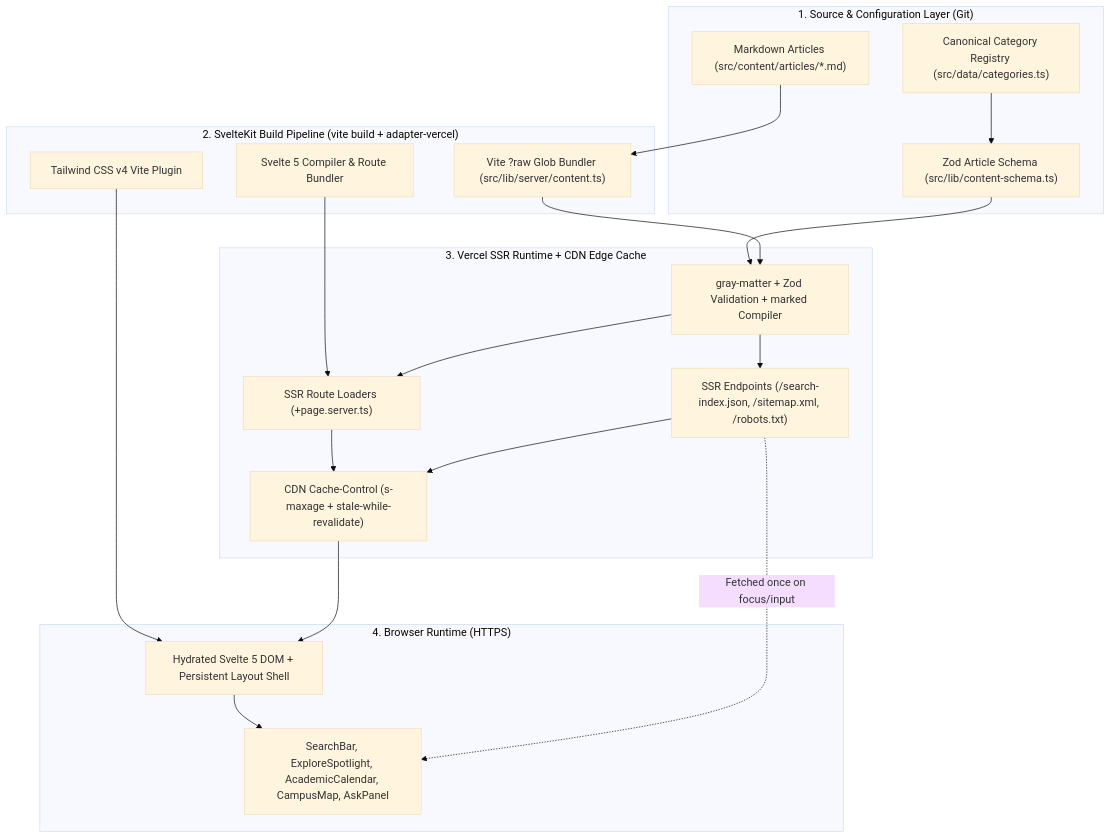
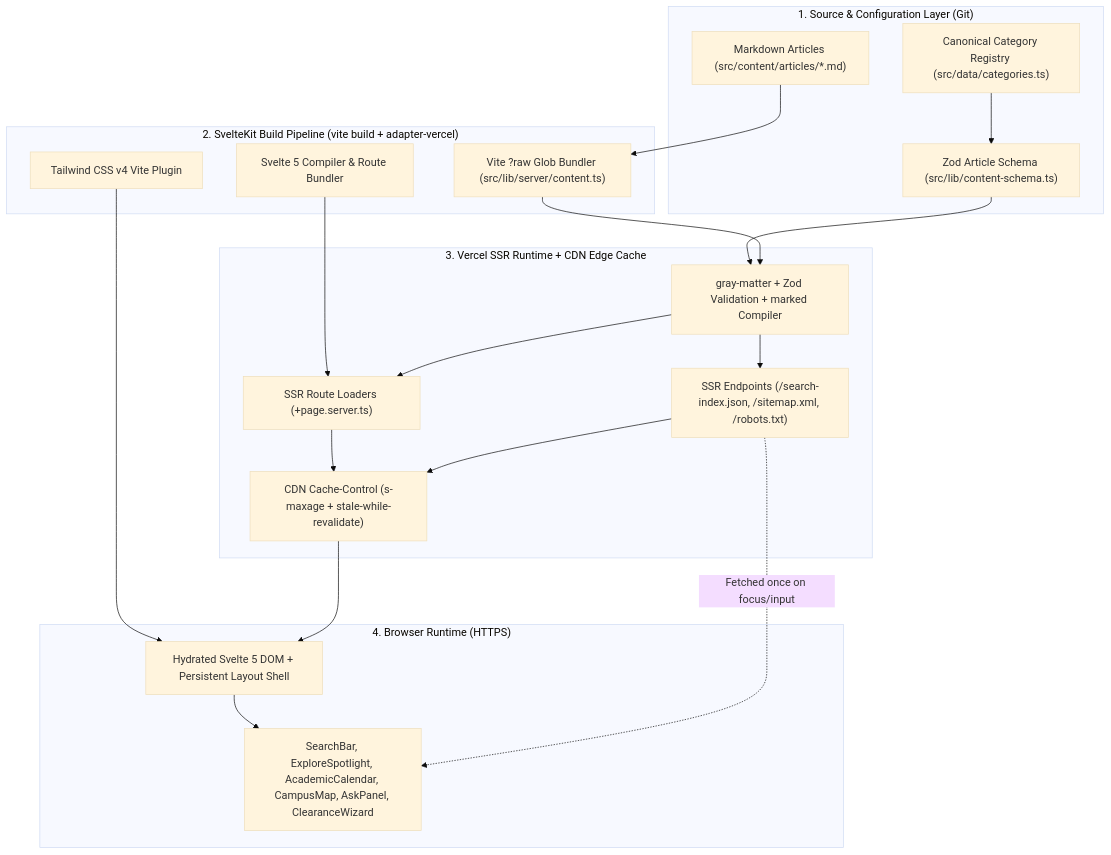
The first of 2 diagrams in docs/ARCHITECTURE.md (bulsutools/geary), drawn with Mermaid (base theme) before and after one commit. The commit also changed other lines of this file and 19 other files, not shown here.

First line of the commit message:
feat: add interactive document request wizard (/wizard) (#15)

````diff
--- a/docs/ARCHITECTURE.md
+++ b/docs/ARCHITECTURE.md
@@ -35,40 +35,40 @@
 ```mermaid
 flowchart TB
     subgraph ContentConfig["1. Source & Configuration Layer (Git)"]
         MD["Markdown Articles (src/content/articles/*.md)"]
         CAT["Canonical Category Registry (src/data/categories.ts)"]
         SCHEMA["Zod Article Schema (src/lib/content-schema.ts)"]
     end
 
     subgraph BuildPipeline["2. SvelteKit Build Pipeline (vite build + adapter-vercel)"]
         GLOB["Vite ?raw Glob Bundler (src/lib/server/content.ts)"]
         SVELTE["Svelte 5 Compiler & Route Bundler"]
         TAILWIND["Tailwind CSS v4 Vite Plugin"]
     end
 
     subgraph ServerRuntime["3. Vercel SSR Runtime + CDN Edge Cache"]
         LOADER["gray-matter + Zod Validation + marked Compiler"]
         ROUTES["SSR Route Loaders (+page.server.ts)"]
         ENDPOINTS["SSR Endpoints (/search-index.json, /sitemap.xml, /robots.txt)"]
         CACHE["CDN Cache-Control (s-maxage + stale-while-revalidate)"]
     end
 
     subgraph ClientRuntime["4. Browser Runtime (HTTPS)"]
         SSR_HTML["Hydrated Svelte 5 DOM + Persistent Layout Shell"]
-        INTERACTIVE["SearchBar, ExploreSpotlight, AcademicCalendar, CampusMap, AskPanel"]
+        INTERACTIVE["SearchBar, ExploreSpotlight, AcademicCalendar, CampusMap, AskPanel, ClearanceWizard"]
     end
 
     MD --> GLOB
     CAT --> SCHEMA
     SCHEMA --> LOADER
     GLOB --> LOADER
     SVELTE --> ROUTES
     TAILWIND --> SSR_HTML
     LOADER --> ROUTES
     LOADER --> ENDPOINTS
     ROUTES --> CACHE
     ENDPOINTS --> CACHE
     CACHE --> SSR_HTML
     SSR_HTML --> INTERACTIVE
     ENDPOINTS -.->|"Fetched once on focus/input"| INTERACTIVE
 ```
````
